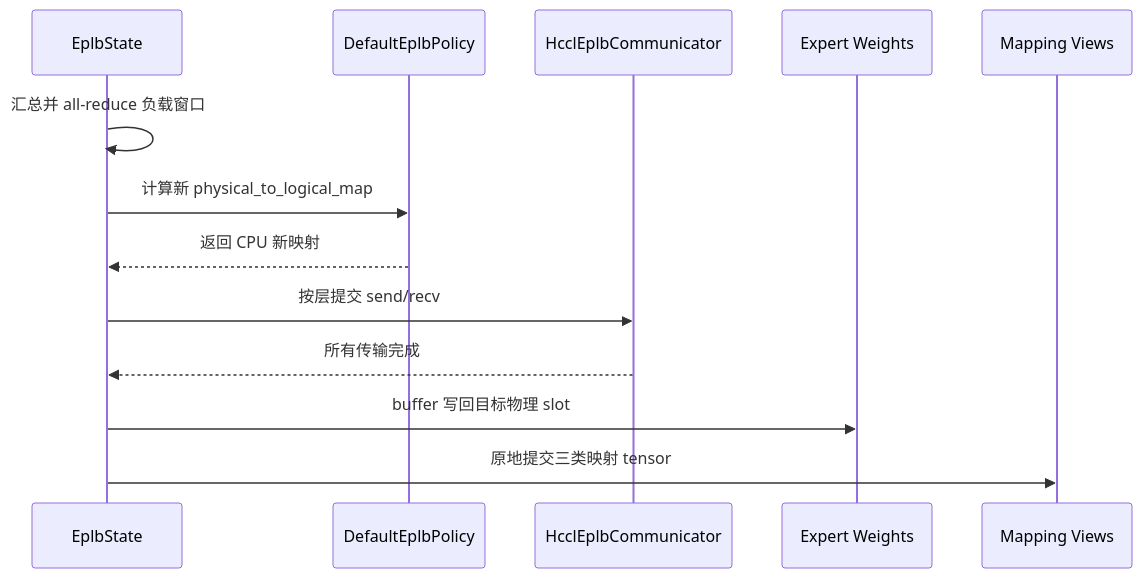
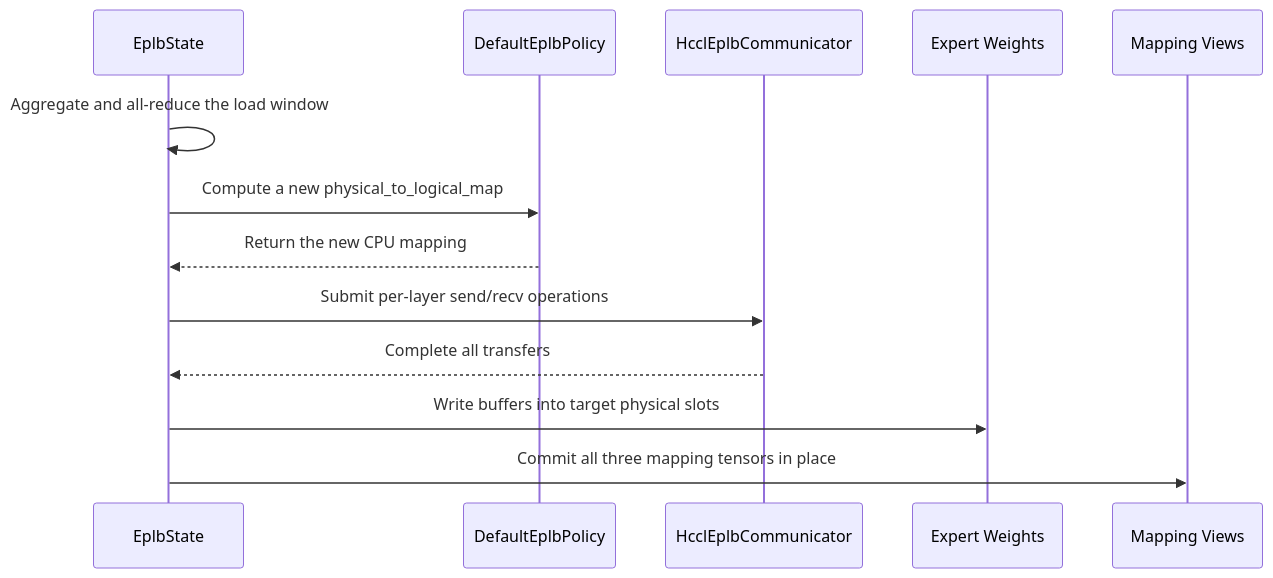
One commit to vllm-project/vllm-ascend changed the second of 2 diagrams in docs/source/developer_guide/Design_Documents/model_runner_v2_eplb.md. Above: the diagram before and after it, drawn with Mermaid. The commit also changed other lines of this file, not shown here.

````diff
--- a/docs/source/developer_guide/Design_Documents/model_runner_v2_eplb.md
+++ b/docs/source/developer_guide/Design_Documents/model_runner_v2_eplb.md
@@ -410,16 +641,16 @@
 ```mermaid
 sequenceDiagram
     participant S as EplbState
     participant P as DefaultEplbPolicy
     participant C as HcclEplbCommunicator
     participant W as Expert Weights
     participant M as Mapping Views
 
-    S->>S: 汇总并 all-reduce 负载窗口
-    S->>P: 计算新 physical_to_logical_map
-    P-->>S: 返回 CPU 新映射
-    S->>C: 按层提交 send/recv
-    C-->>S: 所有传输完成
-    S->>W: buffer 写回目标物理 slot
-    S->>M: 原地提交三类映射 tensor
+    S->>S: Aggregate and all-reduce the load window
+    S->>P: Compute a new physical_to_logical_map
+    P-->>S: Return the new CPU mapping
+    S->>C: Submit per-layer send/recv operations
+    C-->>S: Complete all transfers
+    S->>W: Write buffers into target physical slots
+    S->>M: Commit all three mapping tensors in place
 ```
````
